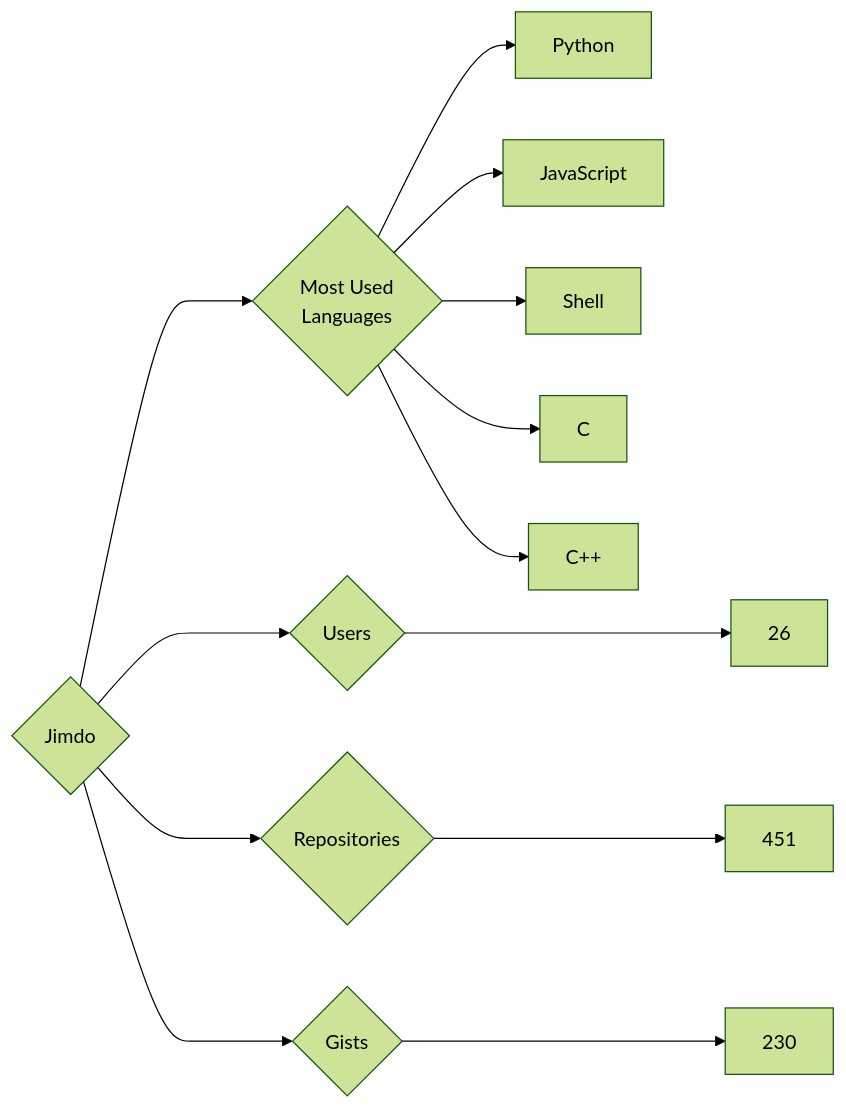
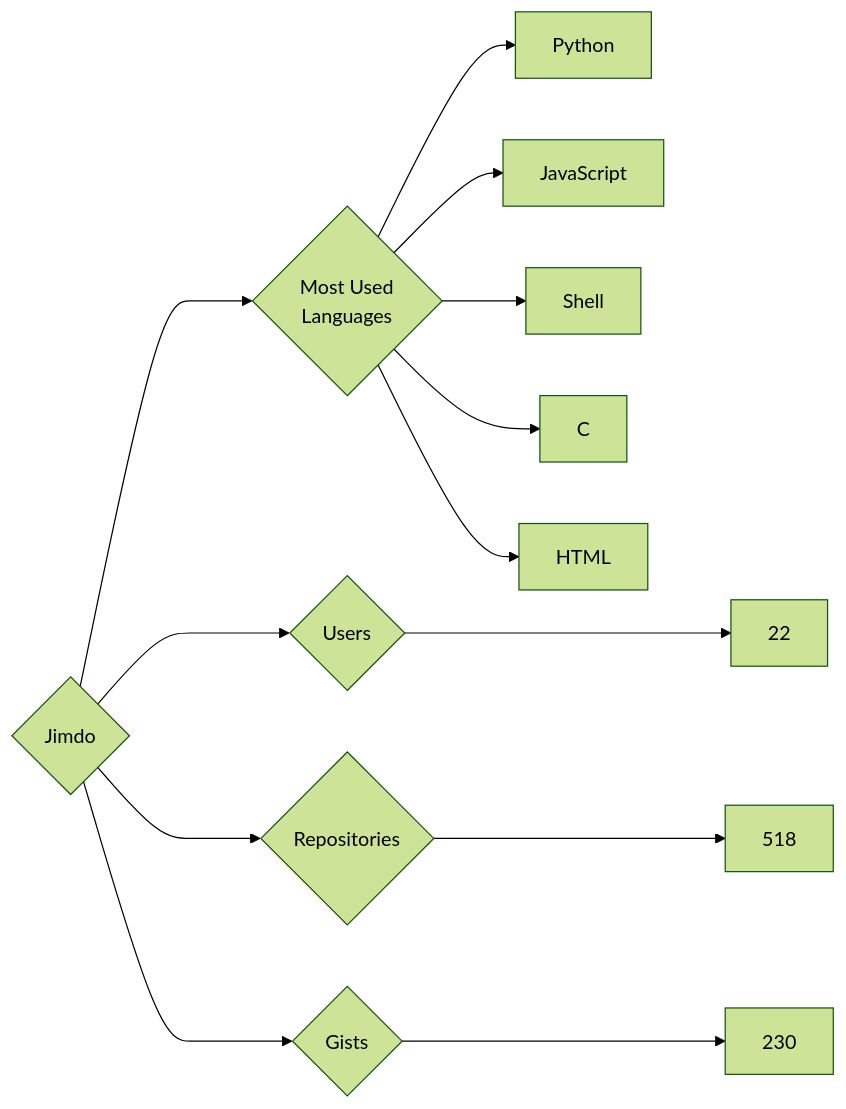
The diagram in targets/Jimdo/README.md (trickest/insiders), drawn with Mermaid (forest theme) before and after one commit. The commit also changed 882 other files, not shown here.

````diff
--- a/targets/Jimdo/README.md
+++ b/targets/Jimdo/README.md
@@ -3,13 +3,13 @@
 ```mermaid
 graph LR
 COMPANY_NAME{Jimdo}
-COMPANY_NAME ---> U{Users} ---> UN[26]
-COMPANY_NAME ---> R{Repositories} ---> RN[451]
+COMPANY_NAME ---> U{Users} ---> UN[22]
+COMPANY_NAME ---> R{Repositories} ---> RN[518]
 COMPANY_NAME ---> G{Gists} ---> GN[230]
 COMPANY_NAME ---> ML{Most Used<br>Languages}
 ML --> Python[Python]
 ML --> JavaScript[JavaScript]
 ML --> Shell[Shell]
 ML --> C[C]
-ML --> C++[C++]
+ML --> HTML[HTML]
 ```
````
